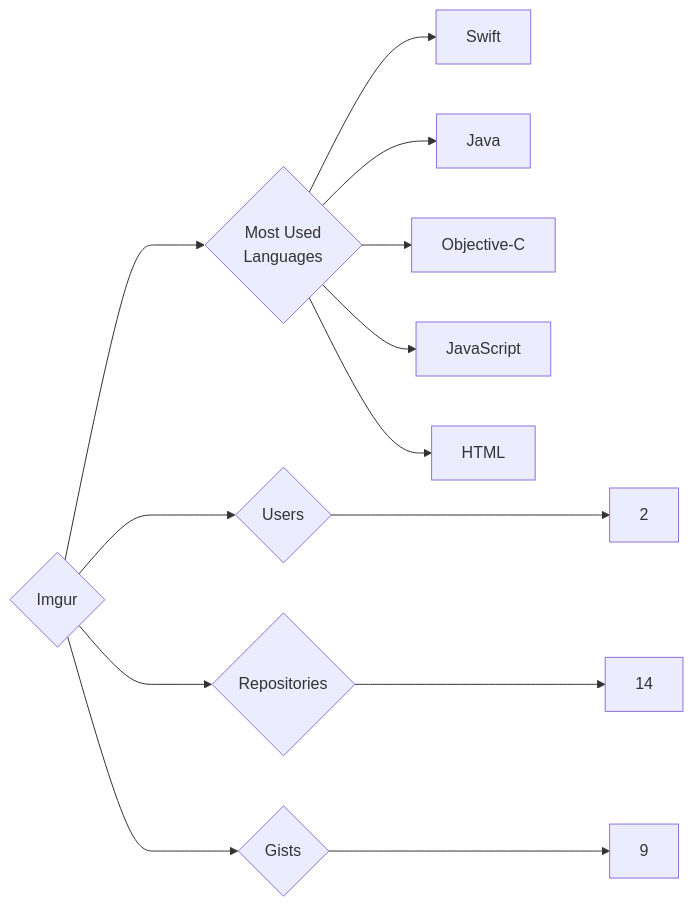
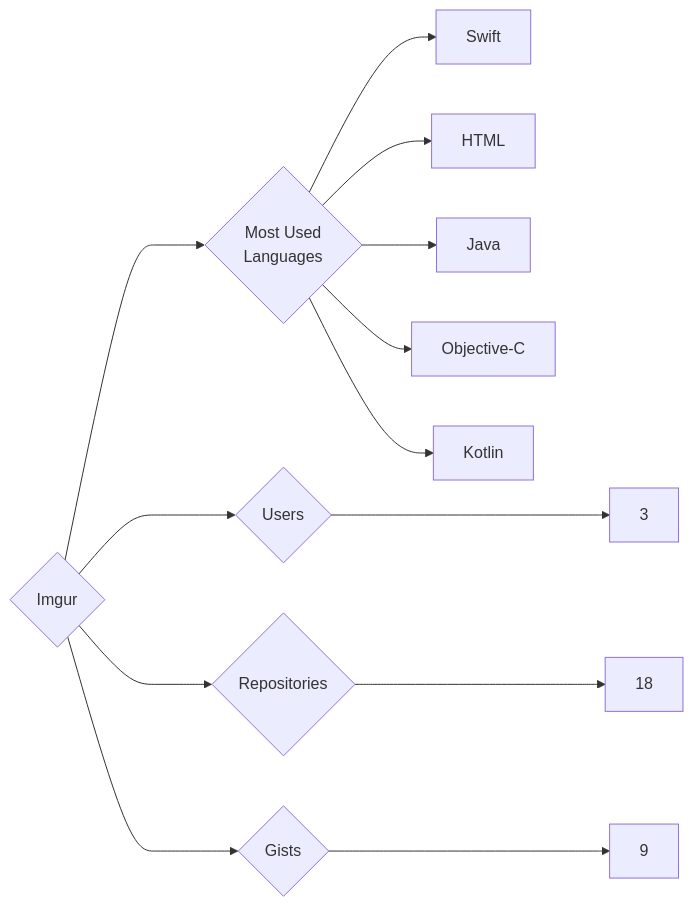
One commit to trickest/insiders changed the diagram in targets/Imgur/README.md. Above: the diagram before and after it, drawn with Mermaid. The commit also changed 924 other files, not shown here.

````diff
--- a/targets/Imgur/README.md
+++ b/targets/Imgur/README.md
@@ -3,13 +3,13 @@
 ```mermaid
 graph LR
 COMPANY_NAME{Imgur}
-COMPANY_NAME ---> U{Users} ---> UN[2]
-COMPANY_NAME ---> R{Repositories} ---> RN[14]
+COMPANY_NAME ---> U{Users} ---> UN[3]
+COMPANY_NAME ---> R{Repositories} ---> RN[18]
 COMPANY_NAME ---> G{Gists} ---> GN[9]
 COMPANY_NAME ---> ML{Most Used<br>Languages}
 ML --> Swift[Swift]
+ML --> HTML[HTML]
 ML --> Java[Java]
 ML --> Objective-C[Objective-C]
-ML --> JavaScript[JavaScript]
-ML --> HTML[HTML]
+ML --> Kotlin[Kotlin]
 ```
````
